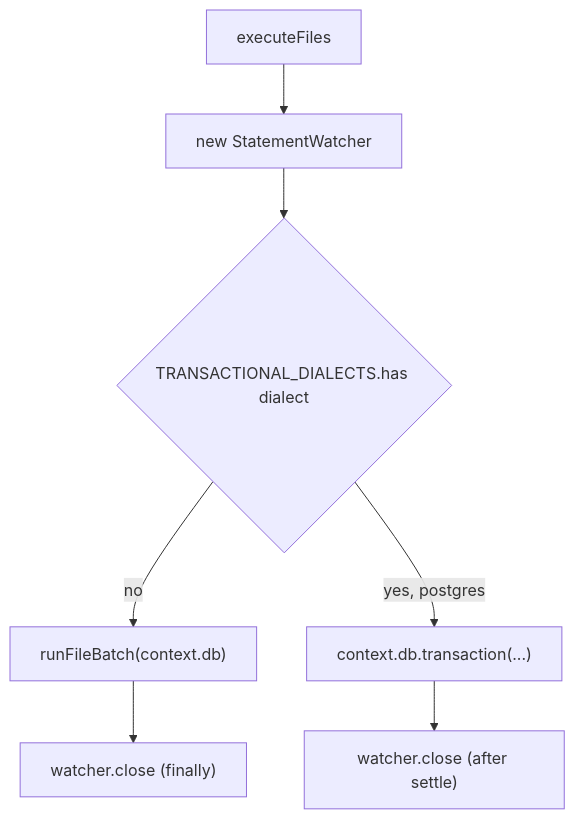
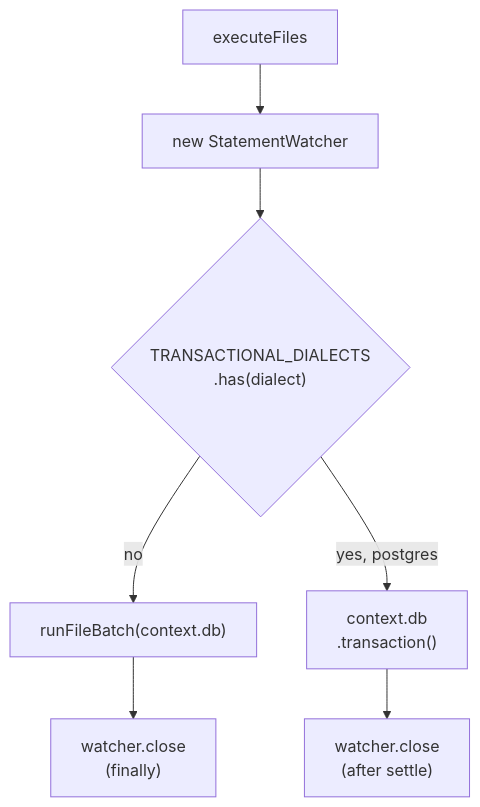
The fourth of 7 diagrams in docs/wiki/core-change.md (noormdev/noorm), drawn with Mermaid before and after one commit. The commit also changed other lines of this file and 557 other files, not shown here.

````diff
--- a/docs/wiki/core-change.md
+++ b/docs/wiki/core-change.md
@@ -57,10 +81,10 @@
 ```mermaid
 flowchart TD
     %% source: src/core/change/executor.ts
     A[executeFiles] --> B[new StatementWatcher]
-    B --> C{TRANSACTIONAL_DIALECTS.has dialect}
+    B --> C{"TRANSACTIONAL_DIALECTS<br/>.has(dialect)"}
     C -->|no| D["runFileBatch(context.db)"]
-    C -->|yes, postgres| E["context.db.transaction(...)"]
-    D --> F["watcher.close (finally)"]
-    E --> G["watcher.close (after settle)"]
+    C -->|"yes, postgres"| E["context.db<br/>.transaction()"]
+    D --> F["watcher.close<br/>(finally)"]
+    E --> G["watcher.close<br/>(after settle)"]
 ```
````
